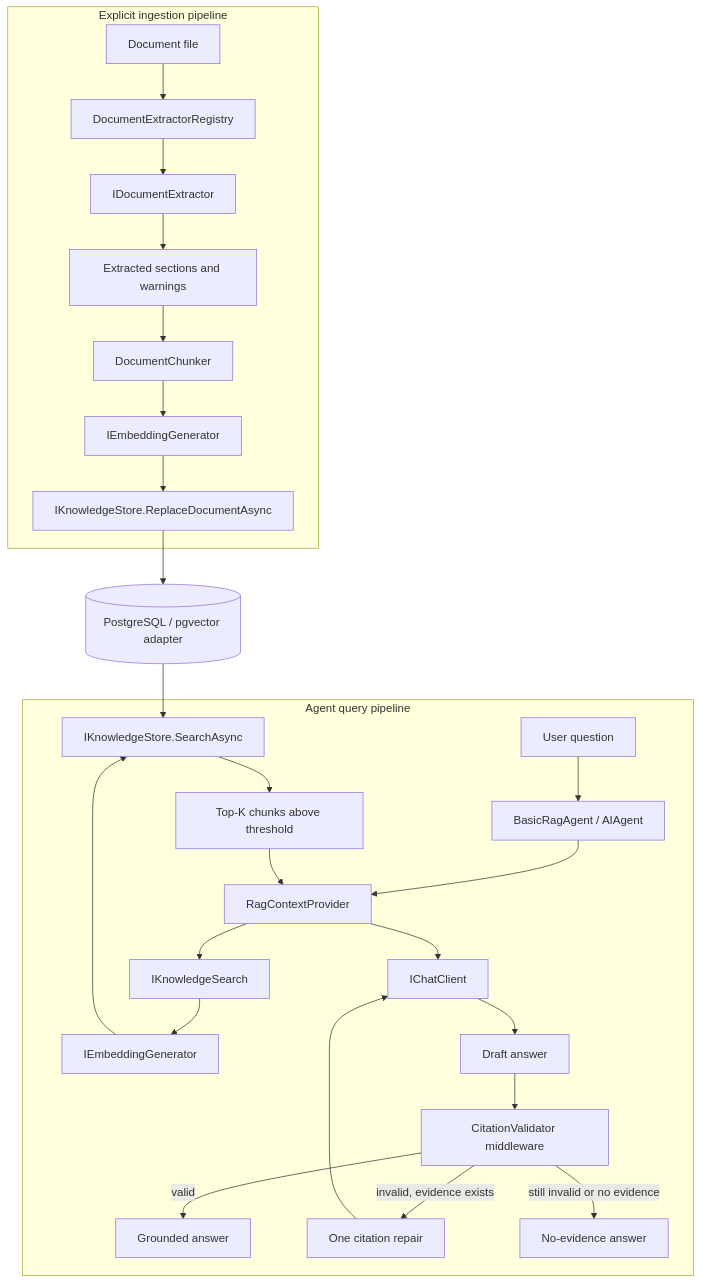
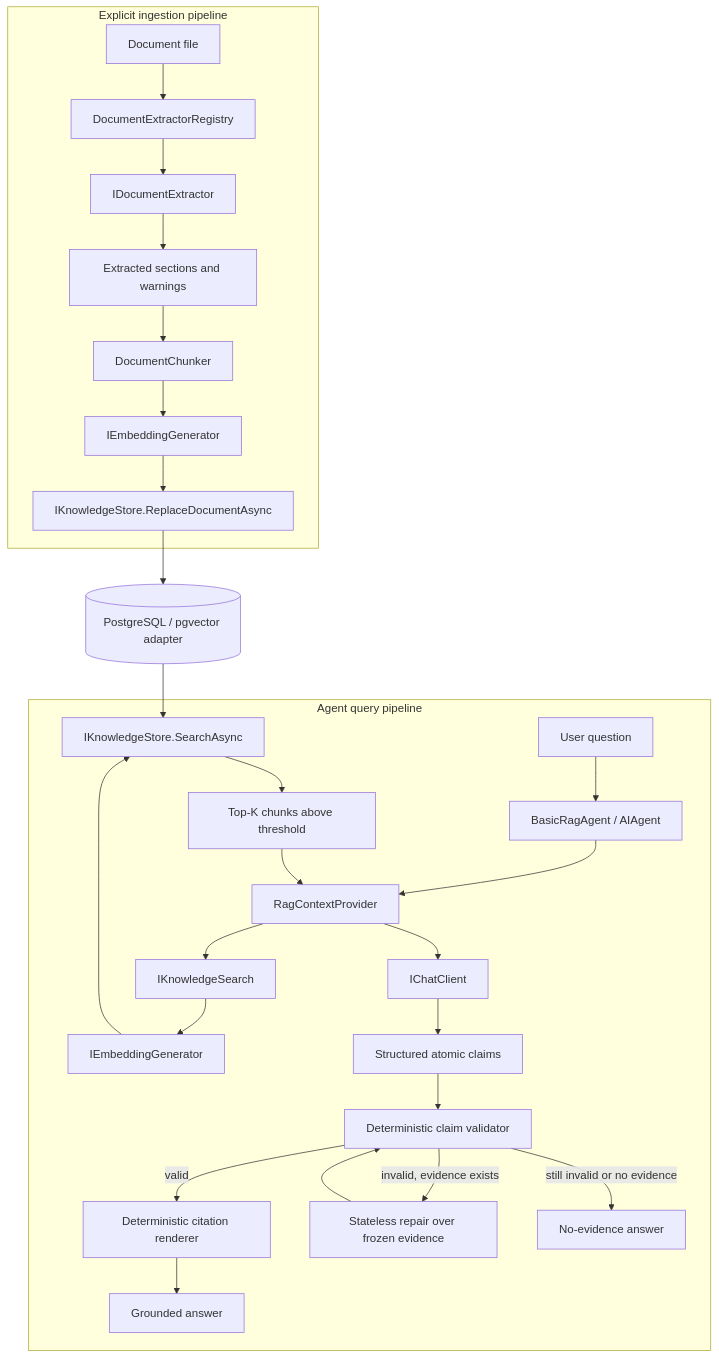
The diagram in src/MafPlayground.AI/Agents/BasicRagAgent/README.md (LautaroO/maf-playground), drawn with Mermaid before and after one commit. The commit also changed other lines of this file and 45 other files, not shown here.

````diff
--- a/src/MafPlayground.AI/Agents/BasicRagAgent/README.md
+++ b/src/MafPlayground.AI/Agents/BasicRagAgent/README.md
@@ -33,31 +37,32 @@
 ```mermaid
 flowchart TB
     subgraph Ingestion[Explicit ingestion pipeline]
         File[Document file] --> Registry[DocumentExtractorRegistry]
         Registry --> Extractor[IDocumentExtractor]
         Extractor --> Sections[Extracted sections and warnings]
         Sections --> Chunker[DocumentChunker]
         Chunker --> EmbedIngest[IEmbeddingGenerator]
         EmbedIngest --> StoreWrite[IKnowledgeStore.ReplaceDocumentAsync]
     end
 
     subgraph Query[Agent query pipeline]
         User[User question] --> Agent[BasicRagAgent / AIAgent]
         Agent --> Context[RagContextProvider]
         Context --> Search[IKnowledgeSearch]
         Search --> EmbedQuery[IEmbeddingGenerator]
         EmbedQuery --> StoreSearch[IKnowledgeStore.SearchAsync]
         StoreSearch --> Evidence[Top-K chunks above threshold]
         Evidence --> Context
         Context --> Model[IChatClient]
-        Model --> Draft[Draft answer]
-        Draft --> Check[CitationValidator middleware]
-        Check -->|valid| Answer[Grounded answer]
-        Check -->|invalid, evidence exists| Repair[One citation repair]
-        Repair --> Model
+        Model --> Draft[Structured atomic claims]
+        Draft --> Check[Deterministic claim validator]
+        Check -->|valid| Render[Deterministic citation renderer]
+        Render --> Answer[Grounded answer]
+        Check -->|invalid, evidence exists| Repair[Stateless repair over frozen evidence]
+        Repair --> Check
         Check -->|still invalid or no evidence| Refusal[No-evidence answer]
     end
 
     StoreWrite --> Pg[(PostgreSQL / pgvector adapter)]
     Pg --> StoreSearch
 ```
````
